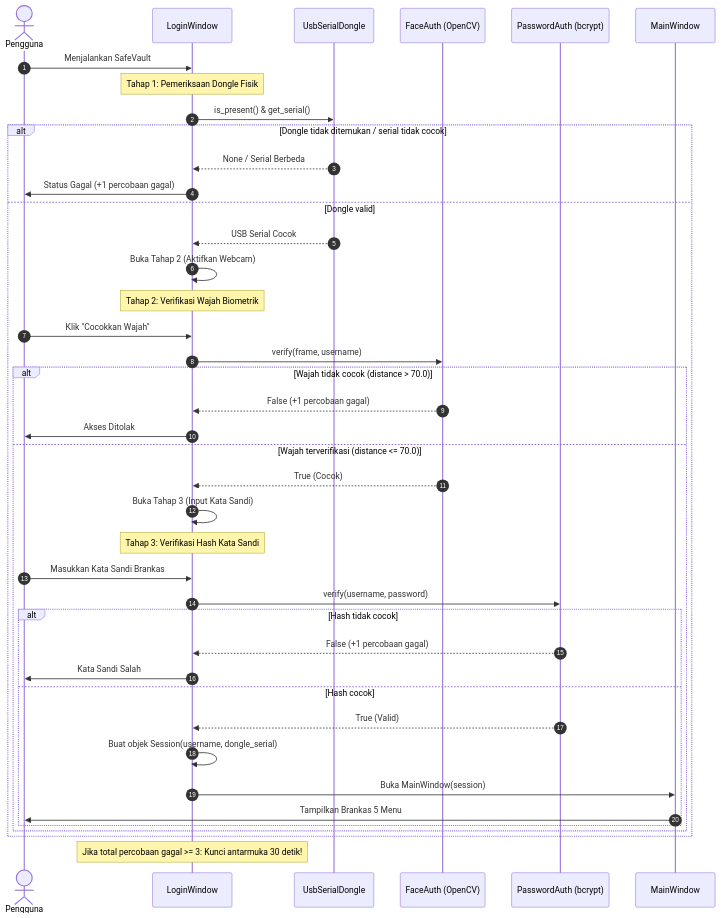
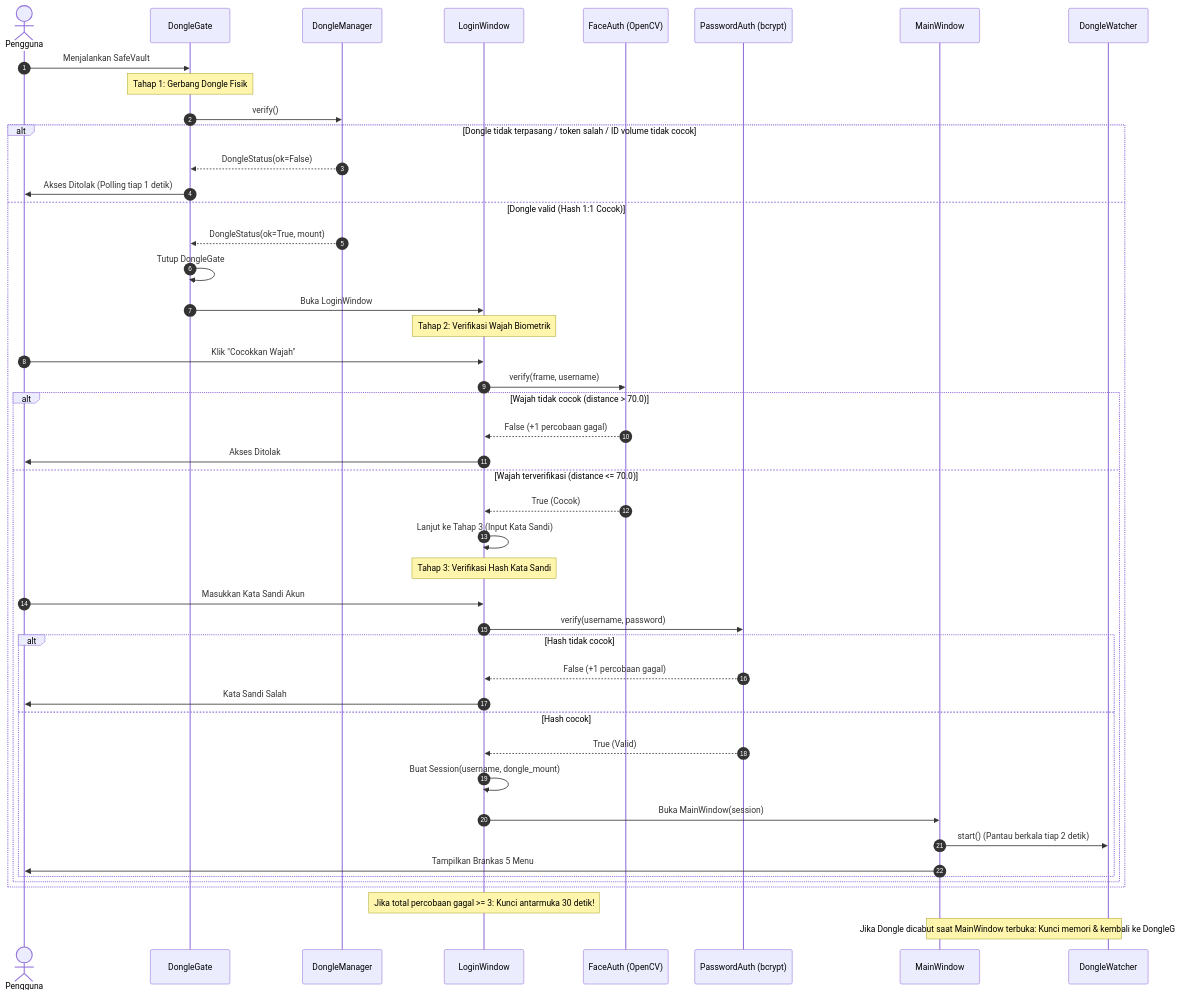
The second of 3 diagrams in docs/ARSITEKTUR.md (Hisyam-L/Brankas_TelAviv), drawn with Mermaid before and after one commit. The commit also changed other lines of this file and 18 other files, not shown here.

````diff
--- a/docs/ARSITEKTUR.md
+++ b/docs/ARSITEKTUR.md
@@ -66,46 +68,51 @@
 ```mermaid
 sequenceDiagram
     autonumber
     actor Pengguna
+    participant Gate as DongleGate
+    participant Dongle as DongleManager
     participant UI as LoginWindow
-    participant Dongle as UsbSerialDongle
     participant Face as FaceAuth (OpenCV)
     participant Auth as PasswordAuth (bcrypt)
     participant Main as MainWindow
+    participant Watcher as DongleWatcher
 
-    Pengguna->>UI: Menjalankan SafeVault
-    Note over UI: Tahap 1: Pemeriksaan Dongle Fisik
-    UI->>Dongle: is_present() & get_serial()
-    alt Dongle tidak ditemukan / serial tidak cocok
-        Dongle-->>UI: None / Serial Berbeda
-        UI->>Pengguna: Status Gagal (+1 percobaan gagal)
-    else Dongle valid
-        Dongle-->>UI: USB Serial Cocok
-        UI->>UI: Buka Tahap 2 (Aktifkan Webcam)
+    Pengguna->>Gate: Menjalankan SafeVault
+    Note over Gate: Tahap 1: Gerbang Dongle Fisik
+    Gate->>Dongle: verify()
+    alt Dongle tidak terpasang / token salah / ID volume tidak cocok
+        Dongle-->>Gate: DongleStatus(ok=False)
+        Gate->>Pengguna: Akses Ditolak (Polling tiap 1 detik)
+    else Dongle valid (Hash 1:1 Cocok)
+        Dongle-->>Gate: DongleStatus(ok=True, mount)
+        Gate->>Gate: Tutup DongleGate
+        Gate->>UI: Buka LoginWindow
         
         Note over UI: Tahap 2: Verifikasi Wajah Biometrik
         Pengguna->>UI: Klik "Cocokkan Wajah"
         UI->>Face: verify(frame, username)
         alt Wajah tidak cocok (distance > 70.0)
             Face-->>UI: False (+1 percobaan gagal)
             UI->>Pengguna: Akses Ditolak
         else Wajah terverifikasi (distance <= 70.0)
             Face-->>UI: True (Cocok)
-            UI->>UI: Buka Tahap 3 (Input Kata Sandi)
+            UI->>UI: Lanjut ke Tahap 3 (Input Kata Sandi)
             
             Note over UI: Tahap 3: Verifikasi Hash Kata Sandi
-            Pengguna->>UI: Masukkan Kata Sandi Brankas
+            Pengguna->>UI: Masukkan Kata Sandi Akun
             UI->>Auth: verify(username, password)
             alt Hash tidak cocok
                 Auth-->>UI: False (+1 percobaan gagal)
                 UI->>Pengguna: Kata Sandi Salah
             else Hash cocok
                 Auth-->>UI: True (Valid)
-                UI->>UI: Buat objek Session(username, dongle_serial)
+                UI->>UI: Buat Session(username, dongle_mount)
                 UI->>Main: Buka MainWindow(session)
+                Main->>Watcher: start() (Pantau berkala tiap 2 detik)
                 Main->>Pengguna: Tampilkan Brankas 5 Menu
             end
         end
     end
     Note over UI: Jika total percobaan gagal >= 3: Kunci antarmuka 30 detik!
+    Note over Watcher,Main: Jika Dongle dicabut saat MainWindow terbuka: Kunci memori & kembali ke DongleGate!
 ```
````
